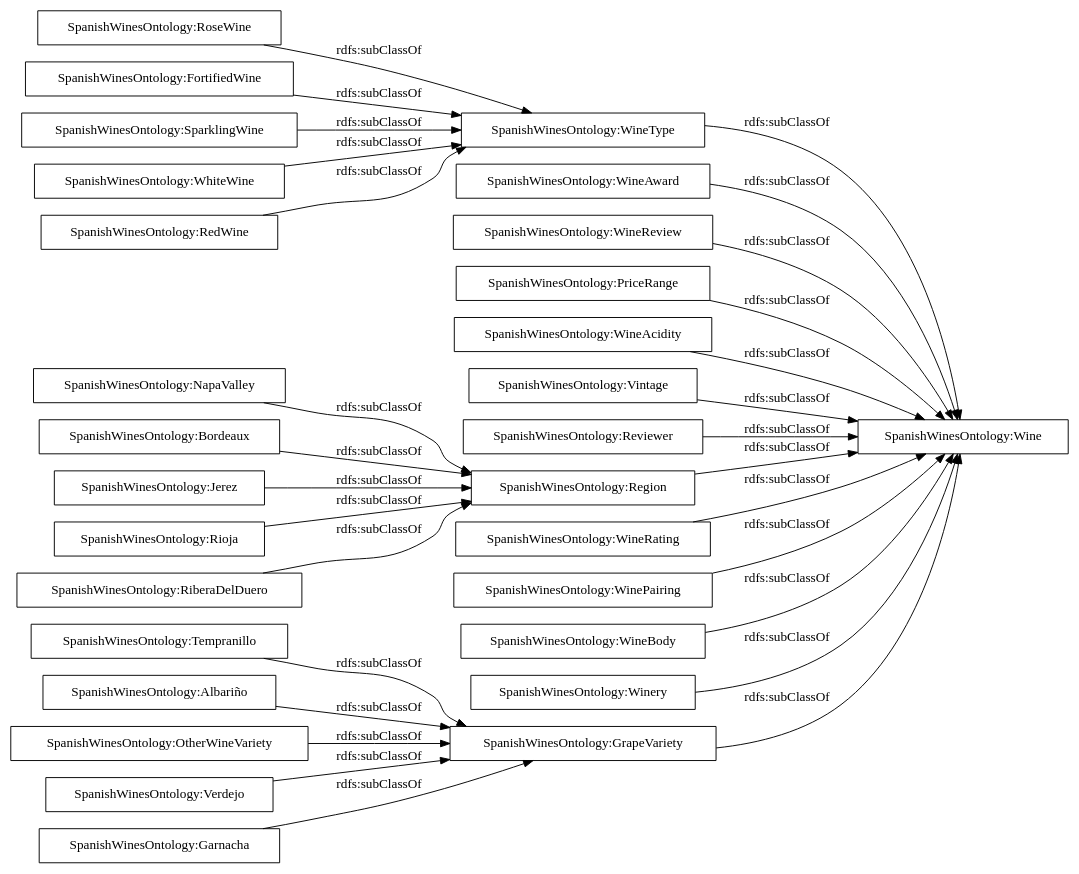
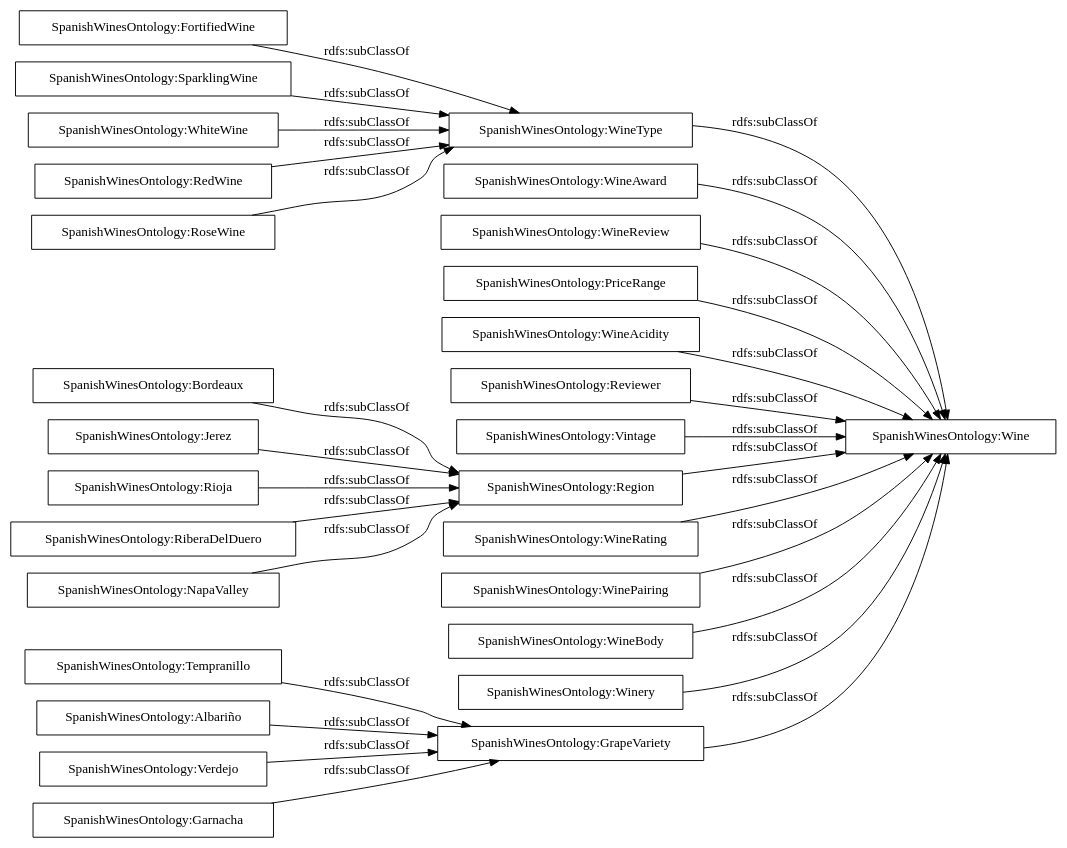
Before and after one commit to jmonteagudos/WineOntology: the diagram in OnToology/SpanishWinesOntology.rdf/diagrams/ar2dtool-taxonomy/SpanishWinesOntology.rdf.png.dot, drawn with Graphviz. The commit also changed 12 other files, not shown here.

```diff
--- a/OnToology/SpanishWinesOntology.rdf/diagrams/ar2dtool-taxonomy/SpanishWinesOntology.rdf.png.dot
+++ b/OnToology/SpanishWinesOntology.rdf/diagrams/ar2dtool-taxonomy/SpanishWinesOntology.rdf.png.dot
@@ -1,34 +1,33 @@
 digraph ar2dtool_diagram { 
 rankdir=LR;
 size="1000"
-node [shape = rectangle, color="black"]; "SpanishWinesOntology:Tempranillo" "SpanishWinesOntology:Verdejo" "SpanishWinesOntology:RoseWine" "SpanishWinesOntology:WineAward" "SpanishWinesOntology:FortifiedWine" "SpanishWinesOntology:GrapeVariety" "SpanishWinesOntology:SparklingWine" "SpanishWinesOntology:NapaValley" "SpanishWinesOntology:Garnacha" "SpanishWinesOntology:Albariño" "SpanishWinesOntology:WineReview" "SpanishWinesOntology:WhiteWine" "SpanishWinesOntology:PriceRange" "SpanishWinesOntology:RedWine" "SpanishWinesOntology:Bordeaux" "SpanishWinesOntology:Jerez" "SpanishWinesOntology:WineAcidity" "SpanishWinesOntology:Vintage" "SpanishWinesOntology:Reviewer" "SpanishWinesOntology:Rioja" "SpanishWinesOntology:OtherWineVariety" "SpanishWinesOntology:WineType" "SpanishWinesOntology:WineRating" "SpanishWinesOntology:RiberaDelDuero" "SpanishWinesOntology:WinePairing" "SpanishWinesOntology:WineBody" "SpanishWinesOntology:Wine" "SpanishWinesOntology:Winery" "SpanishWinesOntology:Region" ; /*classes style*/
+node [shape = rectangle, color="black"]; "SpanishWinesOntology:Tempranillo" "SpanishWinesOntology:Verdejo" "SpanishWinesOntology:RoseWine" "SpanishWinesOntology:WineAward" "SpanishWinesOntology:FortifiedWine" "SpanishWinesOntology:GrapeVariety" "SpanishWinesOntology:SparklingWine" "SpanishWinesOntology:NapaValley" "SpanishWinesOntology:Garnacha" "SpanishWinesOntology:Albariño" "SpanishWinesOntology:WineReview" "SpanishWinesOntology:WhiteWine" "SpanishWinesOntology:PriceRange" "SpanishWinesOntology:RedWine" "SpanishWinesOntology:Bordeaux" "SpanishWinesOntology:Jerez" "SpanishWinesOntology:WineAcidity" "SpanishWinesOntology:Reviewer" "SpanishWinesOntology:Rioja" "SpanishWinesOntology:Vintage" "SpanishWinesOntology:WineType" "SpanishWinesOntology:WineRating" "SpanishWinesOntology:RiberaDelDuero" "SpanishWinesOntology:WinePairing" "SpanishWinesOntology:WineBody" "SpanishWinesOntology:Wine" "SpanishWinesOntology:Winery" "SpanishWinesOntology:Region" ; /*classes style*/
 	"SpanishWinesOntology:WineReview" -> "SpanishWinesOntology:Wine" [ label = "rdfs:subClassOf" ];
 	"SpanishWinesOntology:Bordeaux" -> "SpanishWinesOntology:Region" [ label = "rdfs:subClassOf" ];
 	"SpanishWinesOntology:Verdejo" -> "SpanishWinesOntology:GrapeVariety" [ label = "rdfs:subClassOf" ];
 	"SpanishWinesOntology:WhiteWine" -> "SpanishWinesOntology:WineType" [ label = "rdfs:subClassOf" ];
 	"SpanishWinesOntology:FortifiedWine" -> "SpanishWinesOntology:WineType" [ label = "rdfs:subClassOf" ];
 	"SpanishWinesOntology:WinePairing" -> "SpanishWinesOntology:Wine" [ label = "rdfs:subClassOf" ];
 	"SpanishWinesOntology:Rioja" -> "SpanishWinesOntology:Region" [ label = "rdfs:subClassOf" ];
 	"SpanishWinesOntology:WineAward" -> "SpanishWinesOntology:Wine" [ label = "rdfs:subClassOf" ];
 	"SpanishWinesOntology:Tempranillo" -> "SpanishWinesOntology:GrapeVariety" [ label = "rdfs:subClassOf" ];
 	"SpanishWinesOntology:WineType" -> "SpanishWinesOntology:Wine" [ label = "rdfs:subClassOf" ];
 	"SpanishWinesOntology:WineAcidity" -> "SpanishWinesOntology:Wine" [ label = "rdfs:subClassOf" ];
 	"SpanishWinesOntology:PriceRange" -> "SpanishWinesOntology:Wine" [ label = "rdfs:subClassOf" ];
 	"SpanishWinesOntology:Garnacha" -> "SpanishWinesOntology:GrapeVariety" [ label = "rdfs:subClassOf" ];
 	"SpanishWinesOntology:Jerez" -> "SpanishWinesOntology:Region" [ label = "rdfs:subClassOf" ];
 	"SpanishWinesOntology:GrapeVariety" -> "SpanishWinesOntology:Wine" [ label = "rdfs:subClassOf" ];
 	"SpanishWinesOntology:NapaValley" -> "SpanishWinesOntology:Region" [ label = "rdfs:subClassOf" ];
 	"SpanishWinesOntology:RedWine" -> "SpanishWinesOntology:WineType" [ label = "rdfs:subClassOf" ];
 	"SpanishWinesOntology:Reviewer" -> "SpanishWinesOntology:Wine" [ label = "rdfs:subClassOf" ];
 	"SpanishWinesOntology:Albariño" -> "SpanishWinesOntology:GrapeVariety" [ label = "rdfs:subClassOf" ];
 	"SpanishWinesOntology:SparklingWine" -> "SpanishWinesOntology:WineType" [ label = "rdfs:subClassOf" ];
 	"SpanishWinesOntology:RoseWine" -> "SpanishWinesOntology:WineType" [ label = "rdfs:subClassOf" ];
 	"SpanishWinesOntology:RiberaDelDuero" -> "SpanishWinesOntology:Region" [ label = "rdfs:subClassOf" ];
 	"SpanishWinesOntology:WineBody" -> "SpanishWinesOntology:Wine" [ label = "rdfs:subClassOf" ];
 	"SpanishWinesOntology:Winery" -> "SpanishWinesOntology:Wine" [ label = "rdfs:subClassOf" ];
 	"SpanishWinesOntology:Region" -> "SpanishWinesOntology:Wine" [ label = "rdfs:subClassOf" ];
 	"SpanishWinesOntology:WineRating" -> "SpanishWinesOntology:Wine" [ label = "rdfs:subClassOf" ];
 	"SpanishWinesOntology:Vintage" -> "SpanishWinesOntology:Wine" [ label = "rdfs:subClassOf" ];
-	"SpanishWinesOntology:OtherWineVariety" -> "SpanishWinesOntology:GrapeVariety" [ label = "rdfs:subClassOf" ];
 
 }
```
